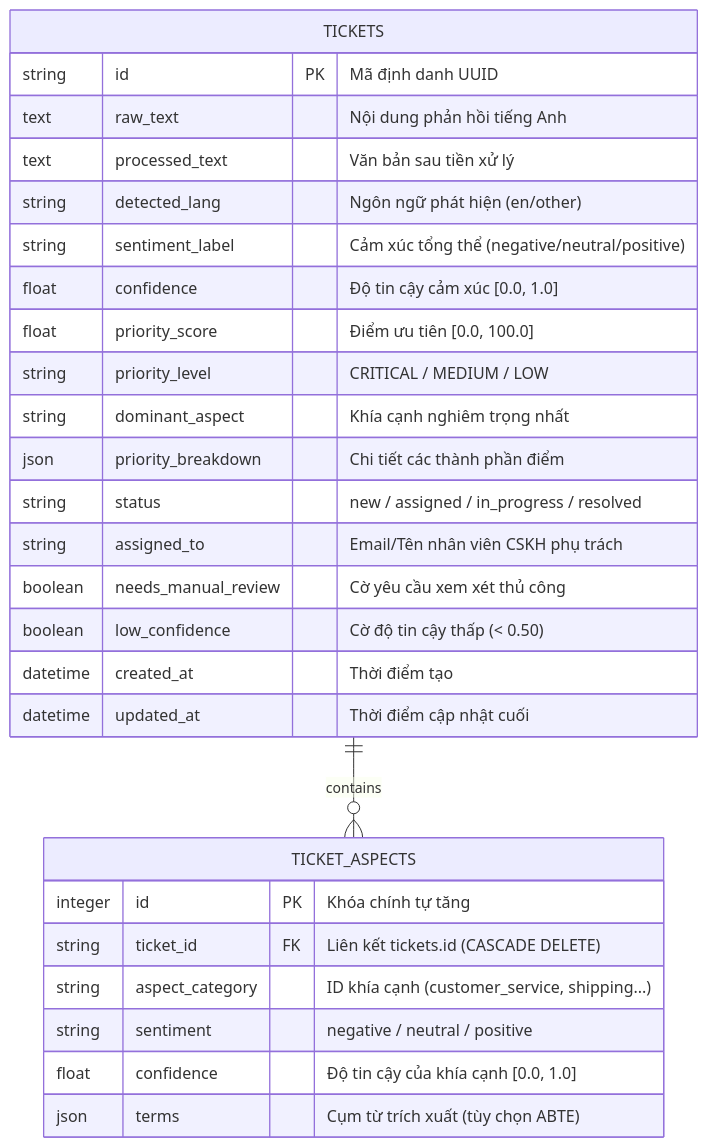
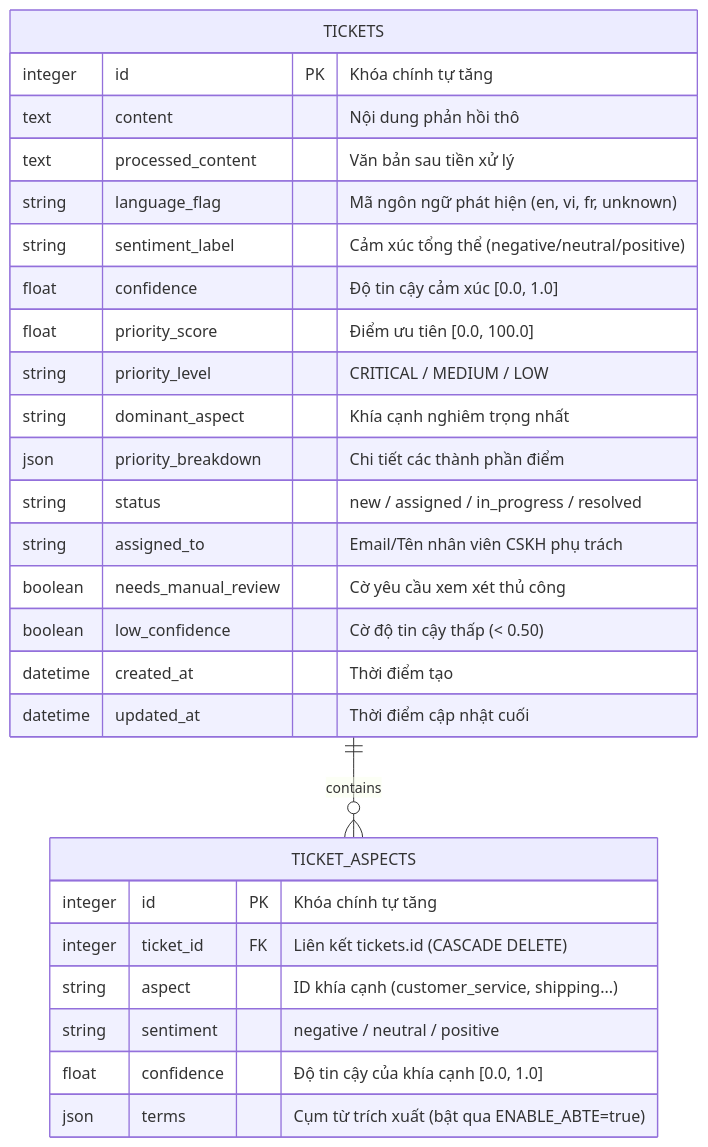
The third of 3 diagrams in docs/System-Ticket-Report.md (CRP-2026/Sentiment-Driven-Ticket-Triage-System), drawn with Mermaid before and after one commit. The commit also changed other lines of this file and 19 other files, not shown here.

````diff
--- a/docs/System-Ticket-Report.md
+++ b/docs/System-Ticket-Report.md
@@ -261,32 +261,32 @@
 ```mermaid
 erDiagram
     TICKETS ||--o{ TICKET_ASPECTS : contains
     
     TICKETS {
-        string id PK "Mã định danh UUID"
-        text raw_text "Nội dung phản hồi tiếng Anh"
-        text processed_text "Văn bản sau tiền xử lý"
-        string detected_lang "Ngôn ngữ phát hiện (en/other)"
+        integer id PK "Khóa chính tự tăng"
+        text content "Nội dung phản hồi thô"
+        text processed_content "Văn bản sau tiền xử lý"
+        string language_flag "Mã ngôn ngữ phát hiện (en, vi, fr, unknown)"
         string sentiment_label "Cảm xúc tổng thể (negative/neutral/positive)"
         float confidence "Độ tin cậy cảm xúc [0.0, 1.0]"
         float priority_score "Điểm ưu tiên [0.0, 100.0]"
         string priority_level "CRITICAL / MEDIUM / LOW"
         string dominant_aspect "Khía cạnh nghiêm trọng nhất"
         json priority_breakdown "Chi tiết các thành phần điểm"
         string status "new / assigned / in_progress / resolved"
         string assigned_to "Email/Tên nhân viên CSKH phụ trách"
         boolean needs_manual_review "Cờ yêu cầu xem xét thủ công"
         boolean low_confidence "Cờ độ tin cậy thấp (< 0.50)"
         datetime created_at "Thời điểm tạo"
         datetime updated_at "Thời điểm cập nhật cuối"
     }
 
     TICKET_ASPECTS {
         integer id PK "Khóa chính tự tăng"
-        string ticket_id FK "Liên kết tickets.id (CASCADE DELETE)"
-        string aspect_category "ID khía cạnh (customer_service, shipping...)"
+        integer ticket_id FK "Liên kết tickets.id (CASCADE DELETE)"
+        string aspect "ID khía cạnh (customer_service, shipping...)"
         string sentiment "negative / neutral / positive"
         float confidence "Độ tin cậy của khía cạnh [0.0, 1.0]"
-        json terms "Cụm từ trích xuất (tùy chọn ABTE)"
+        json terms "Cụm từ trích xuất (bật qua ENABLE_ABTE=true)"
     }
 ```
````
